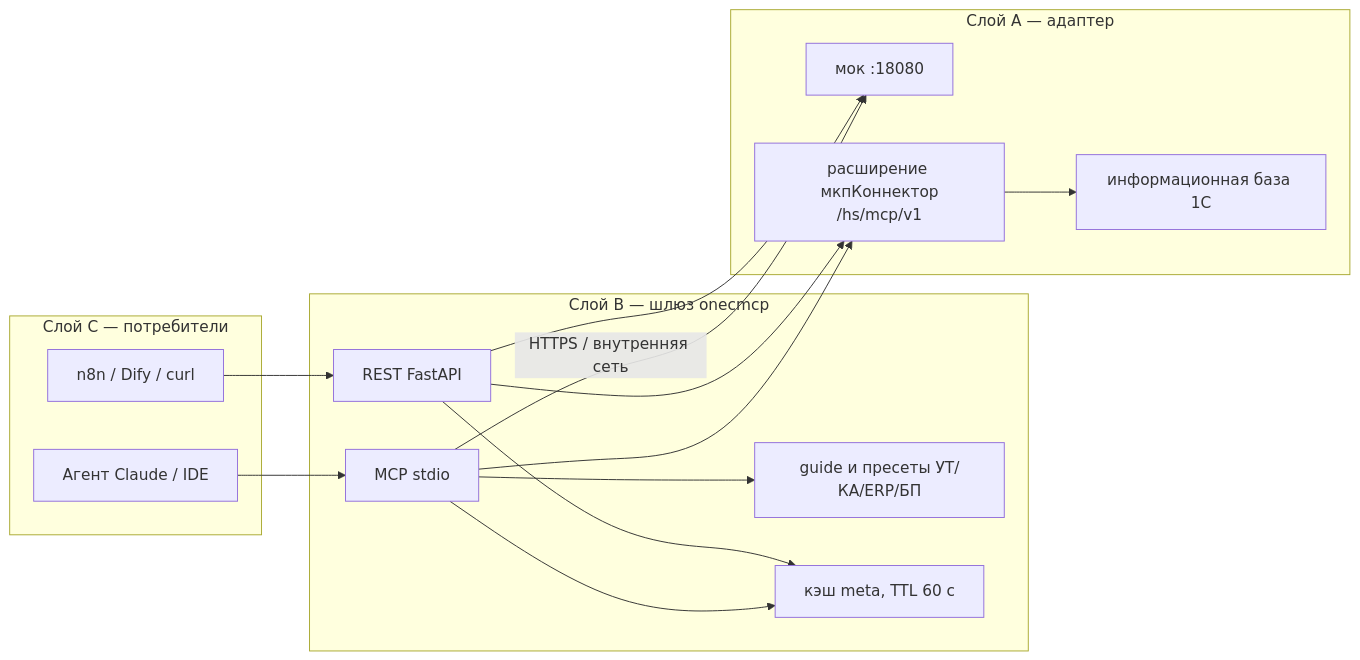
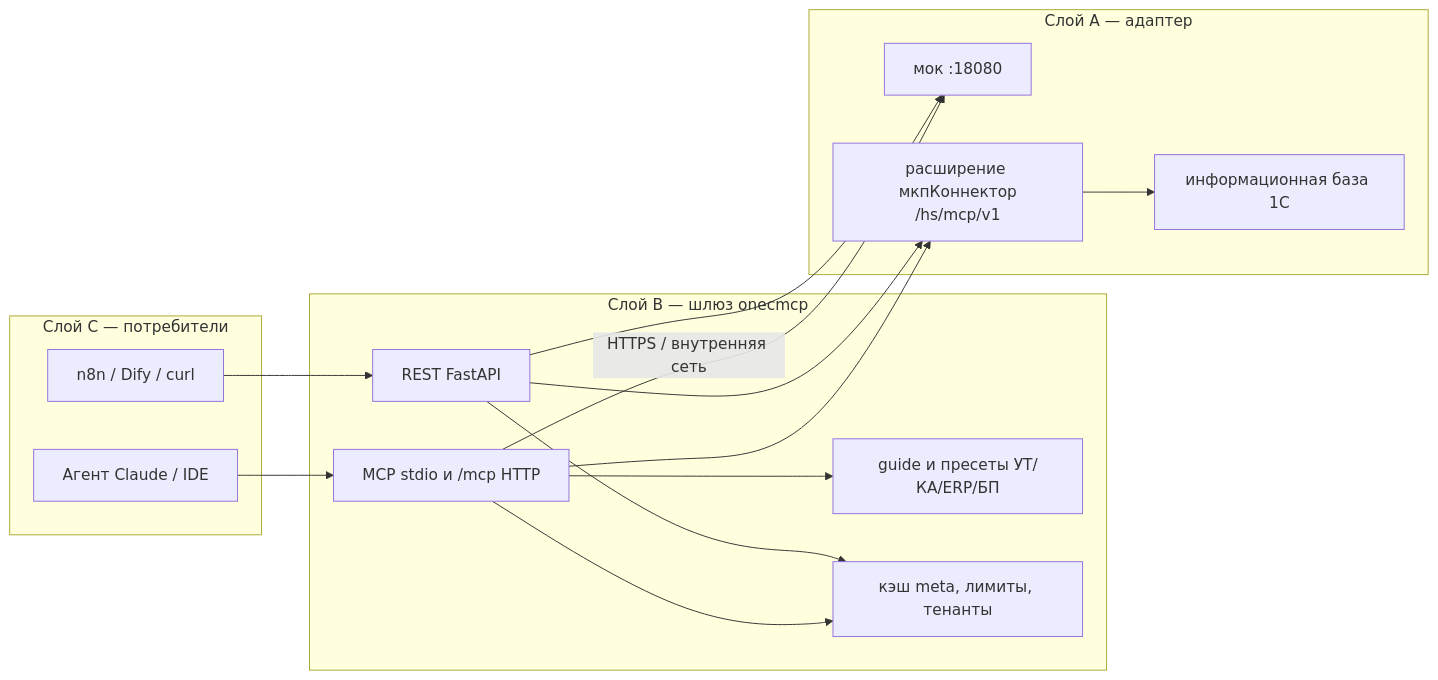
The first of 6 diagrams in README.md (chastnik/1cmcp), drawn with Mermaid before and after one commit. The commit also changed other lines of this file and 34 other files, not shown here.

First line of the commit message:
Ф6: MCP streamable HTTP, тенанты, rate limit и лимиты записи

````diff
--- a/README.md
+++ b/README.md
@@ -34,28 +34,28 @@
 ```mermaid
 flowchart LR
   subgraph consumers["Слой C — потребители"]
     Agent["Агент Claude / IDE"]
     Apps["n8n / Dify / curl"]
   end
   subgraph gateway["Слой B — шлюз onecmcp"]
-    MCP["MCP stdio"]
+    MCP["MCP stdio и /mcp HTTP"]
     REST["REST FastAPI"]
     Preset["guide и пресеты УТ/КА/ERP/БП"]
-    MetaCache["кэш meta, TTL 60 с"]
+    MetaCache["кэш meta, лимиты, тенанты"]
   end
   subgraph adapter["Слой A — адаптер"]
     Mock["мок :18080"]
     Ext["расширение мкпКоннектор\n/hs/mcp/v1"]
     IB["информационная база 1С"]
   end
   Agent --> MCP
   Apps --> REST
   MCP --> Preset
   MCP --> MetaCache
   REST --> MetaCache
   MCP -->|"HTTPS / внутренняя сеть"| Mock
   MCP --> Ext
   REST --> Mock
   REST --> Ext
   Ext --> IB
 ```
````
